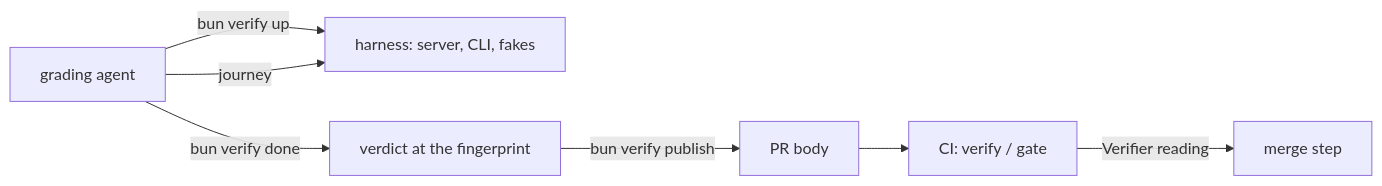
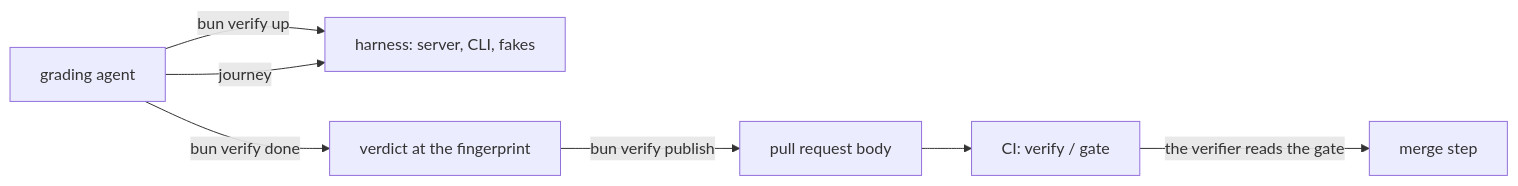
The diagram in docs/architecture/repo/verify-journeys.md (zgeoff/boxxy), drawn with Mermaid before and after one commit. The commit also changed other lines of this file and 17 other files, not shown here.

Commit message:
docs: rewrite the architecture docs around what each part is for

````diff
--- a/docs/architecture/repo/verify-journeys.md
+++ b/docs/architecture/repo/verify-journeys.md
@@ -30,9 +19,9 @@
 ```mermaid
 flowchart LR
   grader["grading agent"] -->|"bun verify up"| harness["harness: server, CLI, fakes"]
   grader -->|"journey"| harness
   grader -->|"bun verify done"| verdict["verdict at the fingerprint"]
-  verdict -->|"bun verify publish"| body["PR body"]
+  verdict -->|"bun verify publish"| body["pull request body"]
   body --> gate["CI: verify / gate"]
-  gate -->|"Verifier reading"| merge["merge step"]
+  gate -->|"the verifier reads the gate"| merge["merge step"]
 ```
````
